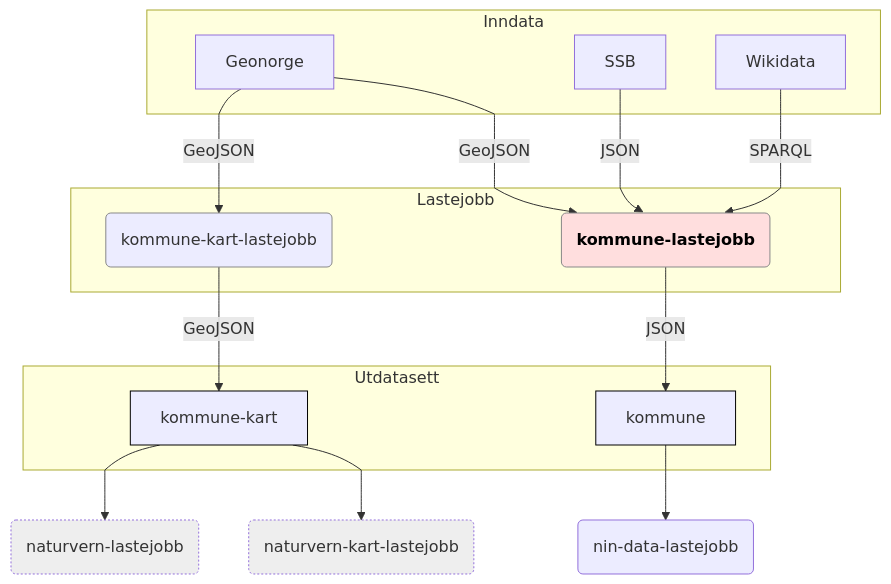
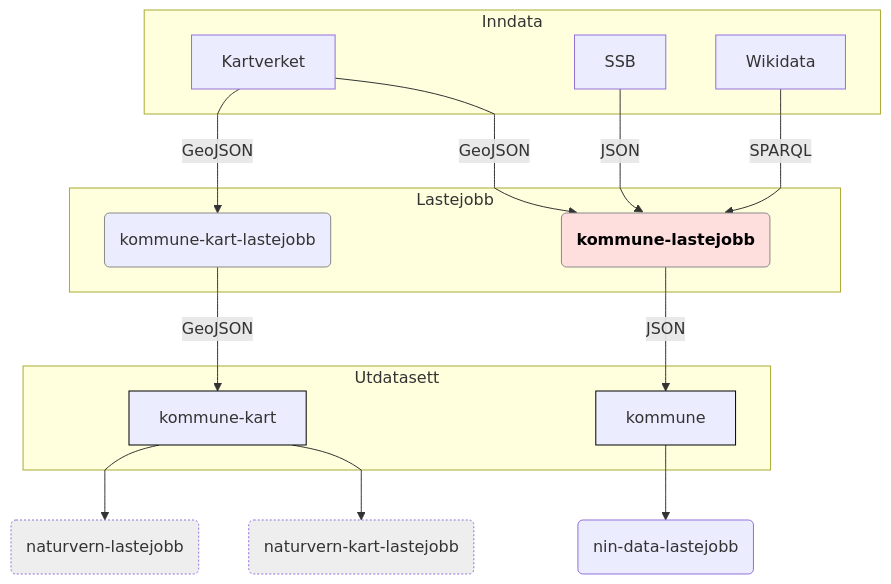
Before and after one commit to Artsdatabanken/kommune: the diagram in doc/flytdiagram.md, drawn with Mermaid. The commit also changed 2 other files, not shown here.

Commit message:
Kredier kartverket

````diff
--- a/doc/flytdiagram.md
+++ b/doc/flytdiagram.md
@@ -1,47 +1,47 @@
 ```mermaid
 
 graph TB;
   linkStyle default interpolate monotoneX
     subgraph Inndata
-      geonorge[Geonorge]
+      kartverket[Kartverket]
       wikidata[Wikidata]
       ssb[SSB]
     end
     subgraph Lastejobb
       kommune-kart-lastejobb(kommune-kart-lastejobb)
       kommune-lastejobb(kommune-lastejobb)
     end
     subgraph Utdatasett
       kommune-kart[kommune-kart]
       kommune[kommune]
     end
-    geonorge-->|GeoJSON|kommune-kart-lastejobb;
-    geonorge-->|GeoJSON|kommune-lastejobb;
+    kartverket-->|GeoJSON|kommune-kart-lastejobb;
+    kartverket-->|GeoJSON|kommune-lastejobb;
     ssb-->|JSON|kommune-lastejobb;
     wikidata-->|SPARQL|kommune-lastejobb;
     kommune-kart-lastejobb-->|GeoJSON|kommune-kart;
     kommune-lastejobb-->|JSON|kommune;
     kommune-kart-->naturvern-lastejobb(naturvern-lastejobb);
     kommune-kart-->naturvern-kart-lastejobb(naturvern-kart-lastejobb);
     kommune-->nin-data-lastejobb(nin-data-lastejobb);
     click kommune-lastejobb "https://github.com/Artsdatabanken/kommune-lastejobb" "_"
     click xkommune "https://github.com/Artsdatabanken/kommune" "_"
     click kommune-kart "https://github.com/Artsdatabanken/kommune-kart" "_"
     click kommune-kart-lastejobb "https://github.com/Artsdatabanken/kommune-kart-lastejobb" "_"
-    click geonorge "https://geonorge.no" "_"
+    click kartverket "https://kartverket.no" "_"
     click wikidata "https://www.wikidata.org/wiki/Q15284" "_"
     click ssb "https://www.ssb.no" "_"
 
 class kommune-lastejobb focus
-class geonorge,wikidata,ssb data
+class kartverket,wikidata,ssb data
 class kommune,kommune-kart, utdata
 class xkommune-lastejobb,kommune-kart-lastejobb lastejobb
 class naturvern-lastejobb,naturvern-kart-lastejobb,nin-lastejobb-egenskaper next
 classDef focusx stroke:#888,stroke-width:3px,font-weight:600;
 classDef focus color:#000,fill:#ffdede,stroke:#888,stroke-widthx:3px,font-weight:600;
 classDef data fillx:#ffd;
 classDef lastejobb fillx:#fff,stroke:#888;
 classDef utdata fillx:#ffa,stroke:#000;
 classDef next fill:#eee,stroke-dasharray: 2, 2;
 
 ```
````
